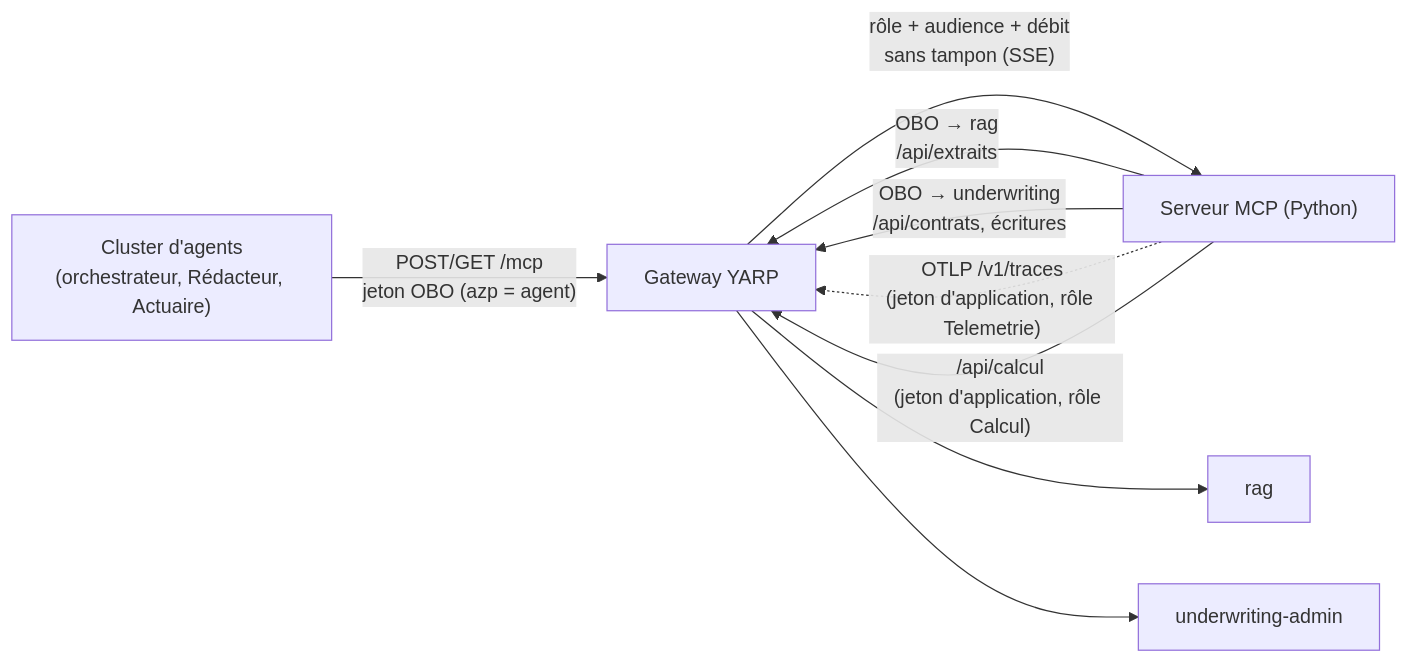
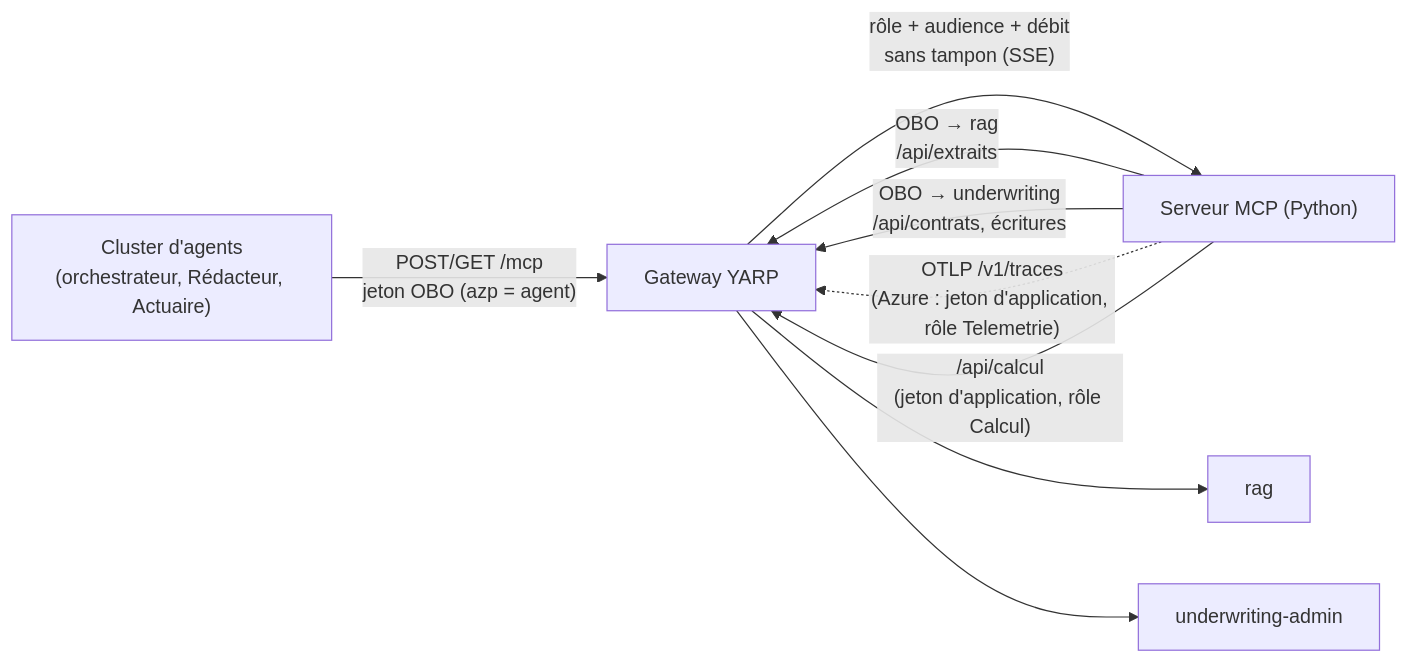
Before and after one commit to acerolaz/agentinsurflow: the diagram in serveur-mcp/README.md, drawn with Mermaid. The commit also changed other lines of this file and 8 other files, not shown here.

````diff
--- a/serveur-mcp/README.md
+++ b/serveur-mcp/README.md
@@ -7,11 +7,11 @@
 ```mermaid
 flowchart LR
     CL["Cluster d'agents<br/>(orchestrateur, Rédacteur, Actuaire)"] -->|"POST/GET /mcp<br/>jeton OBO (azp = agent)"| GW["Gateway YARP"]
     GW -->|"rôle + audience + débit<br/>sans tampon (SSE)"| MCP["Serveur MCP (Python)"]
     MCP -->|"OBO → rag<br/>/api/extraits"| GW
     MCP -->|"OBO → underwriting<br/>/api/contrats, écritures"| GW
     GW --> RAG["rag"]
     GW --> UW["underwriting-admin"]
-    MCP -. "OTLP /v1/traces<br/>(jeton d'application, rôle Telemetrie)" .-> GW
+    MCP -. "OTLP /v1/traces<br/>(Azure : jeton d'application, rôle Telemetrie)" .-> GW
     MCP -->|"/api/calcul<br/>(jeton d'application, rôle Calcul)"| GW
 ```
````
